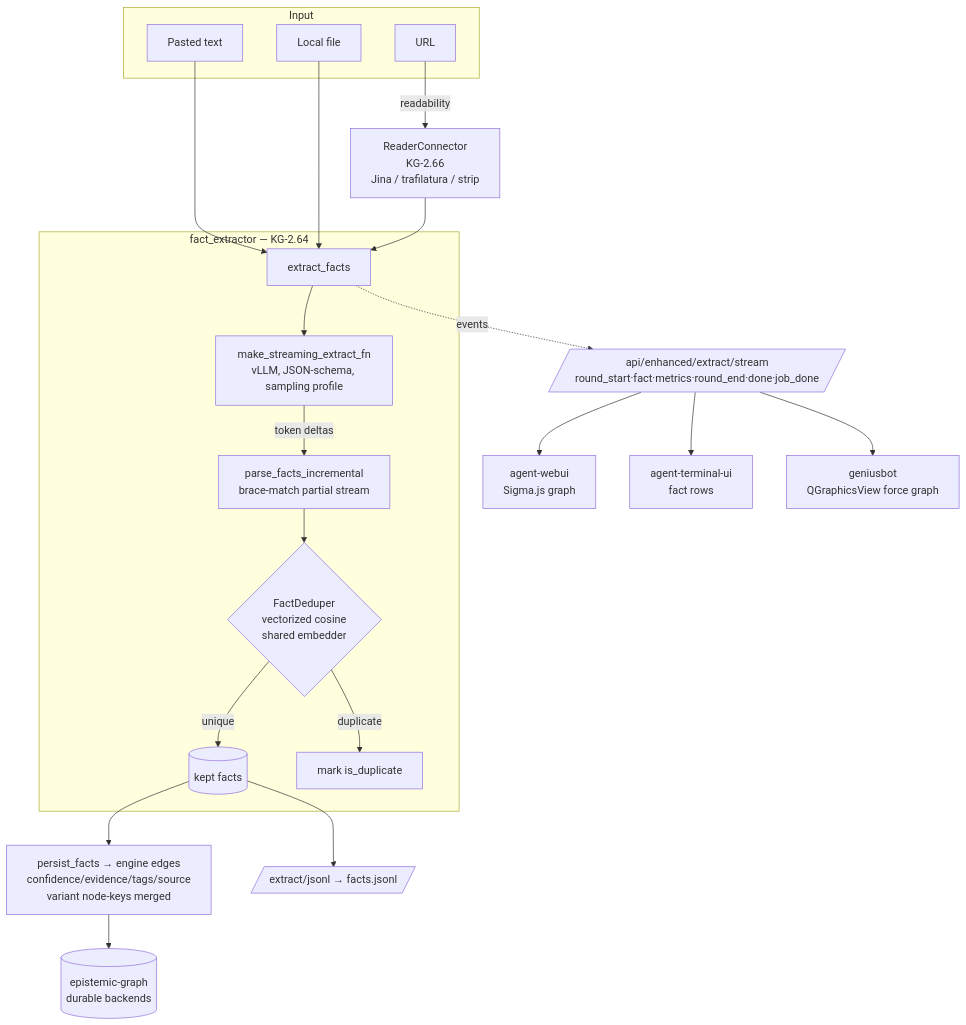
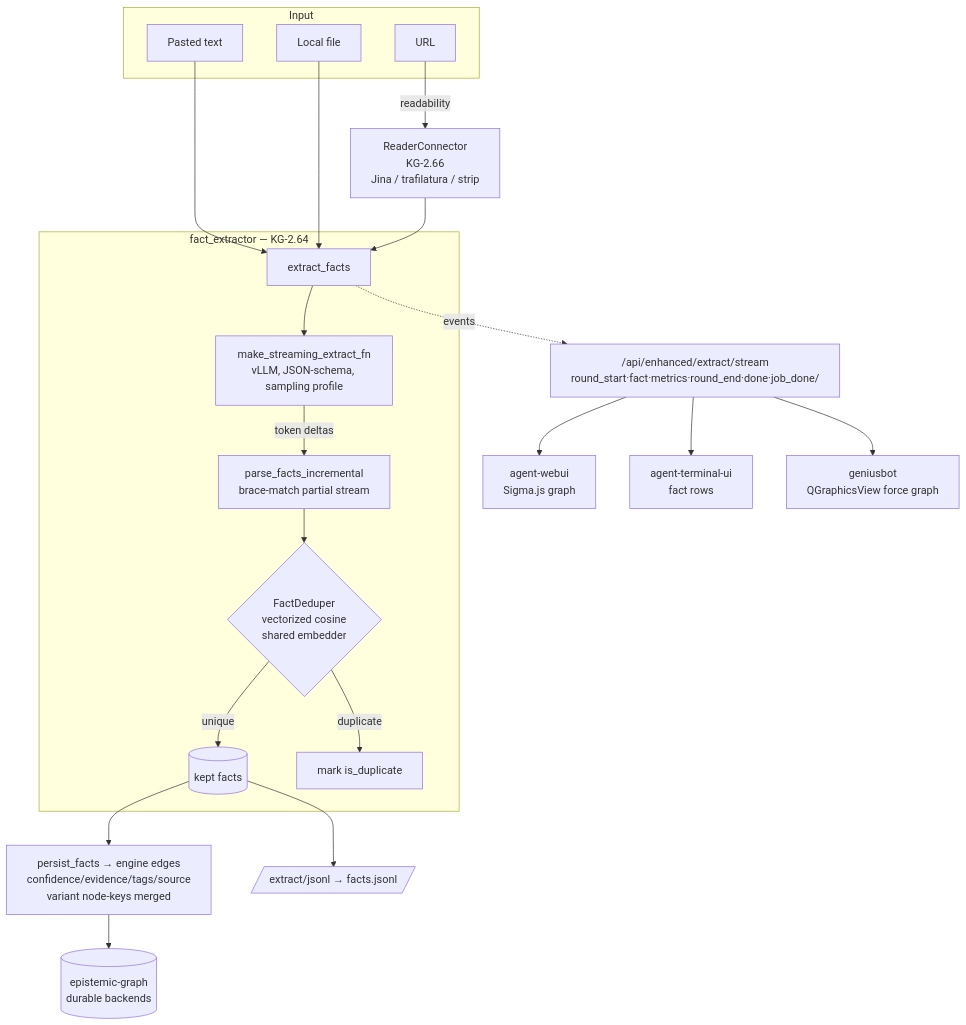
Before and after one commit to Knuckles-Team/agent-utilities: the first of 4 diagrams in docs/architecture/document_fact_extraction.md, drawn with Mermaid. The commit also changed other lines of this file and 19 other files, not shown here.

First line of the commit message:
chore: drive pre-commit green (ruff-format, bandit, codespell, mermaid, concepts)

````diff
--- a/docs/architecture/document_fact_extraction.md
+++ b/docs/architecture/document_fact_extraction.md
@@ -25,29 +25,29 @@
 ```mermaid
 flowchart TD
     subgraph Input
         T[Pasted text]
         U[URL]
         F[Local file]
     end
-    U -->|readability| R[ReaderConnector<br/>KG-2.66<br/>Jina / trafilatura / strip]
+    U -->|readability| R["ReaderConnector<br/>KG-2.66<br/>Jina / trafilatura / strip"]
     T --> X
     F --> X
     R --> X
 
     subgraph Core["fact_extractor — KG-2.64"]
-        X[extract_facts] --> P[make_streaming_extract_fn<br/>vLLM, JSON-schema, sampling profile]
-        P -->|token deltas| I[parse_facts_incremental<br/>brace-match partial stream]
-        I --> D{FactDeduper<br/>vectorized cosine<br/>shared embedder}
+        X[extract_facts] --> P["make_streaming_extract_fn<br/>vLLM, JSON-schema, sampling profile"]
+        P -->|token deltas| I["parse_facts_incremental<br/>brace-match partial stream"]
+        I --> D{"FactDeduper<br/>vectorized cosine<br/>shared embedder"}
         D -->|unique| K[(kept facts)]
         D -->|duplicate| DUP[mark is_duplicate]
     end
 
-    K --> PERSIST[persist_facts → engine edges<br/>confidence/evidence/tags/source<br/>variant node-keys merged]
-    PERSIST --> EG[(epistemic-graph<br/>durable backends)]
+    K --> PERSIST["persist_facts → engine edges<br/>confidence/evidence/tags/source<br/>variant node-keys merged"]
+    PERSIST --> EG[("epistemic-graph<br/>durable backends")]
 
-    X -. events .-> SSE[/api/enhanced/extract/stream<br/>round_start·fact·metrics·round_end·done·job_done/]
-    SSE --> WEB[agent-webui<br/>Sigma.js graph]
-    SSE --> TUI[agent-terminal-ui<br/>fact rows]
-    SSE --> GB[geniusbot<br/>QGraphicsView force graph]
+    X -. events .-> SSE["/api/enhanced/extract/stream<br/>round_start·fact·metrics·round_end·done·job_done/"]
+    SSE --> WEB["agent-webui<br/>Sigma.js graph"]
+    SSE --> TUI["agent-terminal-ui<br/>fact rows"]
+    SSE --> GB["geniusbot<br/>QGraphicsView force graph"]
     K --> JSONL[/extract/jsonl → facts.jsonl/]
 ```
````
